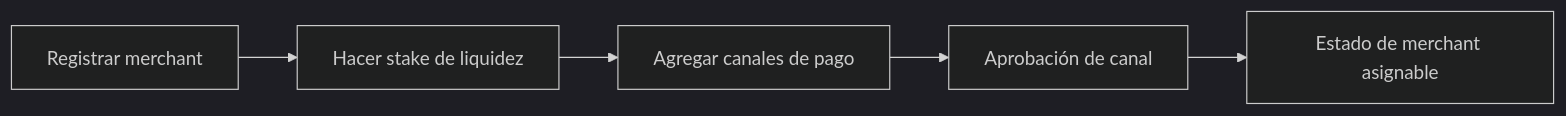
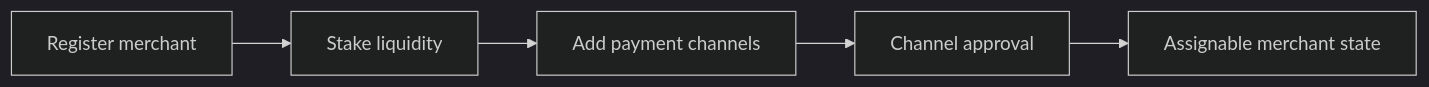
One commit to uditstocks/docs.p2pdotme changed the diagram in translations/es/for-merchants/merchant-setup-flow.md. Above: the diagram before and after it, drawn with Mermaid (dark theme). The commit also changed other lines of this file and 263 other files, not shown here.

````diff
--- a/translations/es/for-merchants/merchant-setup-flow.md
+++ b/translations/es/for-merchants/merchant-setup-flow.md
@@ -20,7 +20,7 @@
 ```mermaid
 flowchart LR
-    register[Registrar merchant] --> stake[Hacer stake de liquidez]
-    stake --> addPc[Agregar canales de pago]
-    addPc --> approvePc[Aprobación de canal]
-    approvePc --> live[Estado de merchant asignable]
+    register[Register merchant] --> stake[Stake liquidity]
+    stake --> addPc[Add payment channels]
+    addPc --> approvePc[Channel approval]
+    approvePc --> live[Assignable merchant state]
 ```
````
